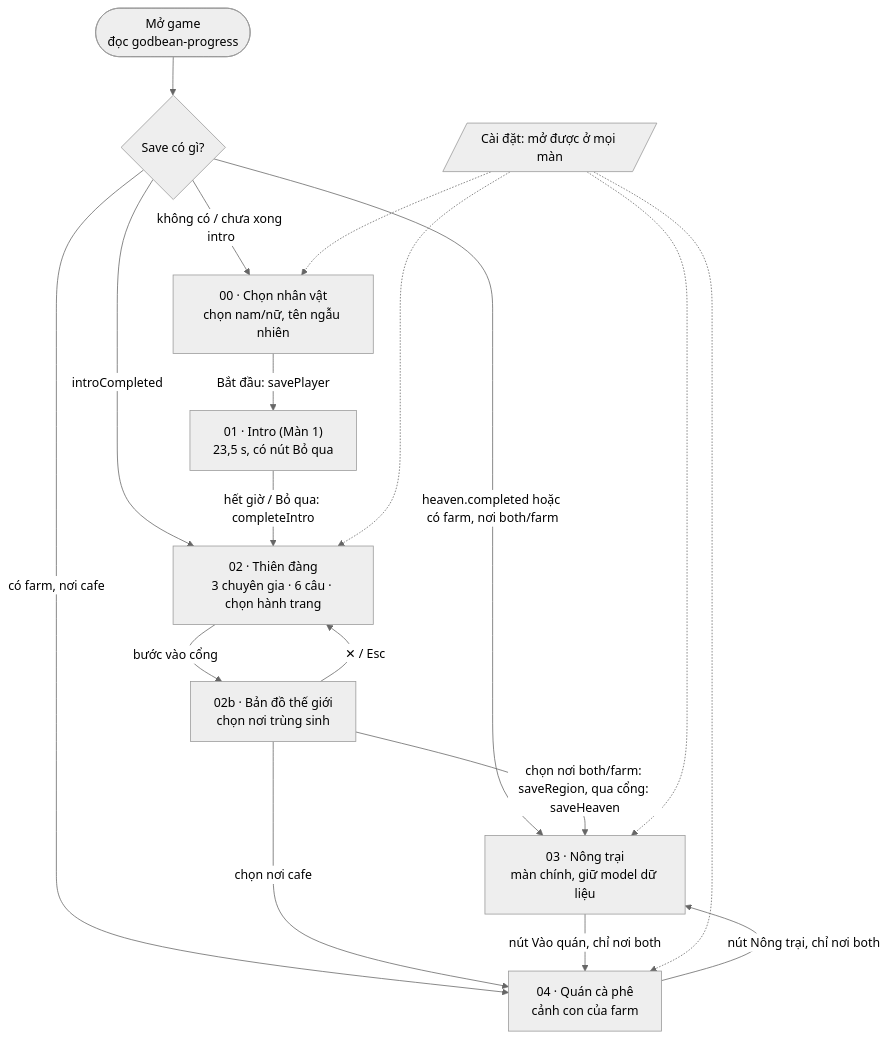
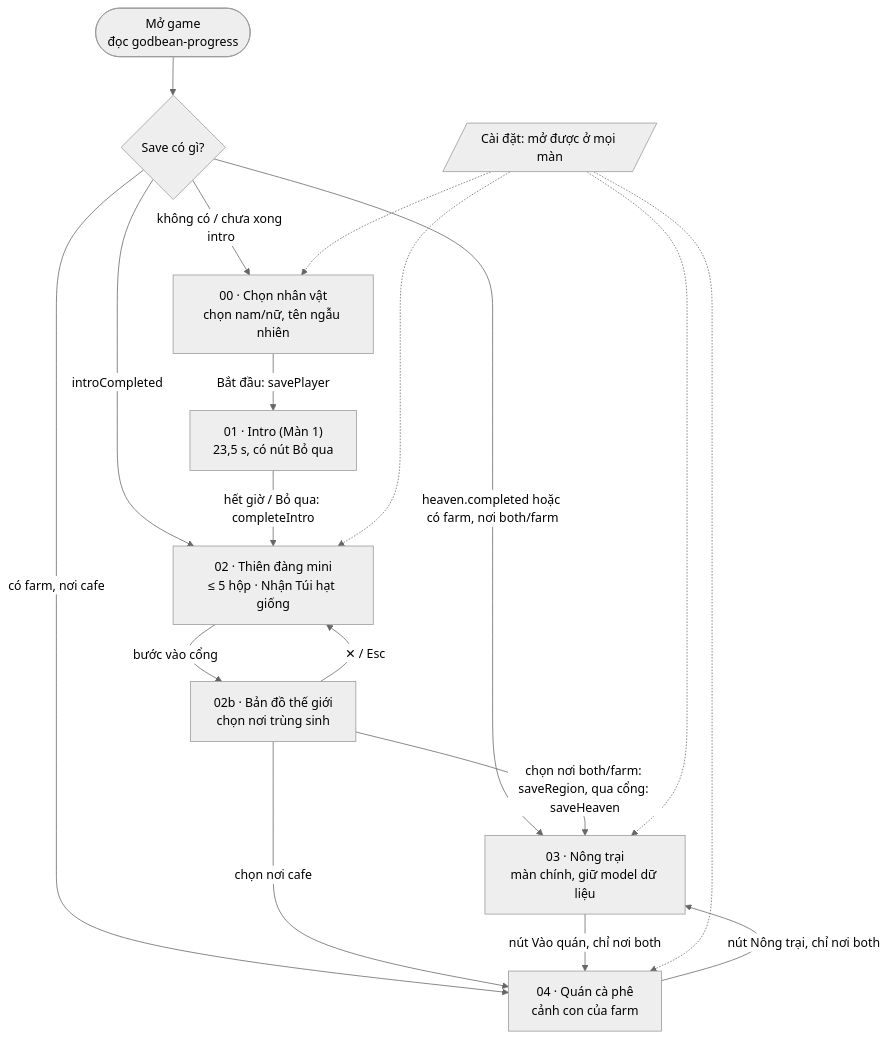
One commit to tahulk79/COG-CoffeeGame changed the diagram in docs/game-flow.md. Above: the diagram before and after it, drawn with Mermaid (neutral theme). The commit also changed other lines of this file and 76 other files, not shown here.

First line of the commit message:
feat: mobile-first F-44…F-48 (thiên đàng mini, Hội đồng so le, tutorial farm-intro, ca tập V60, công trình thay nút) + quần đảo Hoàng Sa/Trường Sa

````diff
--- a/docs/game-flow.md
+++ b/docs/game-flow.md
@@ -7,22 +7,22 @@
 ```mermaid
 flowchart TD
     BOOT([Mở game<br/>đọc godbean-progress]) --> CHK{Save có gì?}
     CHK -->|không có / chưa xong intro| SEL
     CHK -->|introCompleted| HEAVEN
     CHK -->|heaven.completed hoặc có farm, nơi both/farm| FARM
     CHK -->|có farm, nơi cafe| CAFE
 
     SEL["00 · Chọn nhân vật<br/>chọn nam/nữ, tên ngẫu nhiên"] -->|Bắt đầu: savePlayer| INTRO
     INTRO["01 · Intro (Màn 1)<br/>23,5 s, có nút Bỏ qua"] -->|hết giờ / Bỏ qua: completeIntro| HEAVEN
-    HEAVEN["02 · Thiên đàng<br/>3 chuyên gia · 6 câu · chọn hành trang"] -->|bước vào cổng| MAP
+    HEAVEN["02 · Thiên đàng mini<br/>≤ 5 hộp · Nhận Túi hạt giống"] -->|bước vào cổng| MAP
     MAP["02b · Bản đồ thế giới<br/>chọn nơi trùng sinh"] -->|✕ / Esc| HEAVEN
     MAP -->|chọn nơi both/farm: saveRegion, qua cổng: saveHeaven| FARM
     MAP -->|chọn nơi cafe| CAFE
     FARM["03 · Nông trại<br/>màn chính, giữ model dữ liệu"] -->|nút Vào quán, chỉ nơi both| CAFE
     CAFE["04 · Quán cà phê<br/>cảnh con của farm"] -->|nút Nông trại, chỉ nơi both| FARM
 
     SET[/Cài đặt: mở được ở mọi màn/] -.-> SEL
     SET -.-> HEAVEN
     SET -.-> FARM
     SET -.-> CAFE
 ```
````
